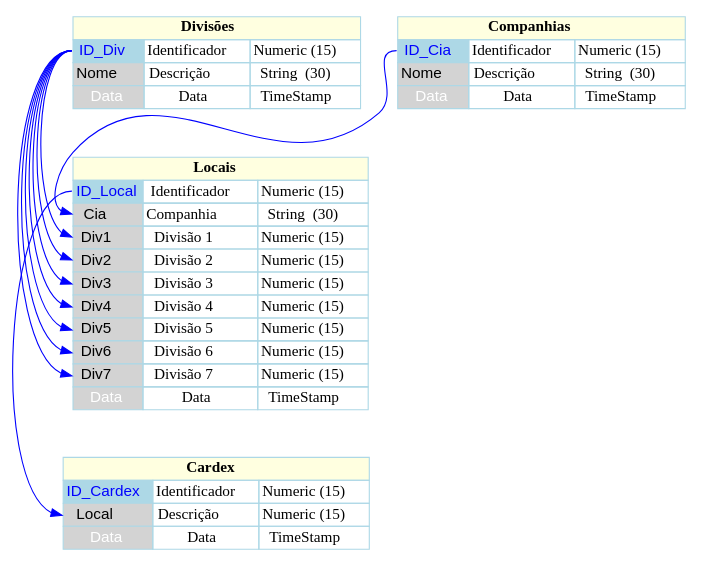
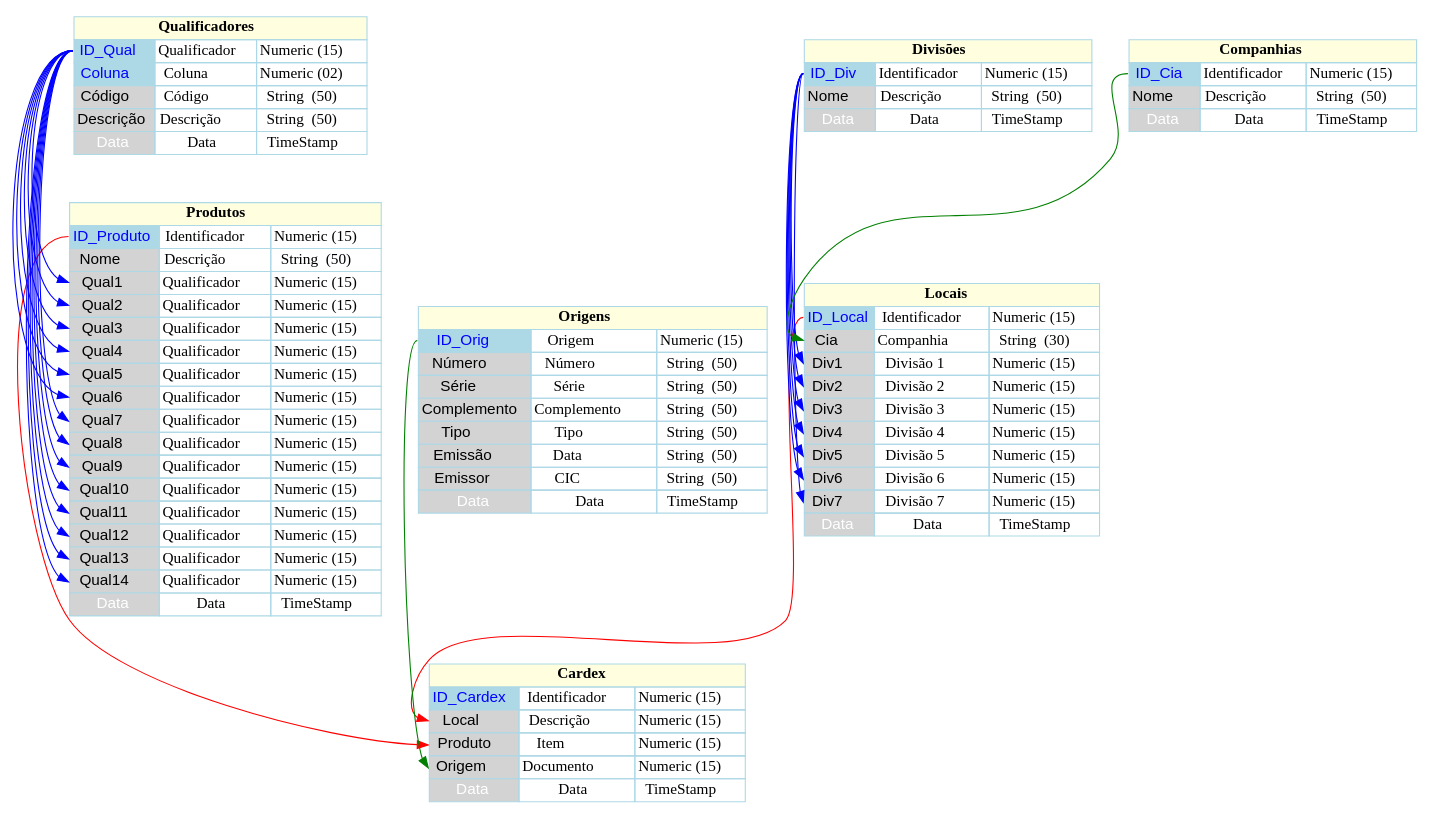
One commit to GiovaniPM/Graphs changed the diagram in ER Stock Intelligence.gv. Above: the diagram before and after it, drawn with Graphviz.

Commit message:
giova(DESKTOP-PG18CKU) 200914160824

```diff
--- a/ER Stock Intelligence.gv
+++ b/ER Stock Intelligence.gv
@@ -1,64 +1,136 @@
 digraph H {
 
   tabela01 [
    shape=none
    label=<
      <table border='0' cellborder='1' color='lightblue' cellspacing='0'>
        <tr><td colspan="3" bgcolor="lightyellow"><b>Locais</b></td></tr>
        <tr><td port='col01' bgcolor="lightblue"><font face="helvetica" color="blue" >ID_Local</font></td><td>Identificador</td><td>Numeric (15)</td></tr>
        <tr><td port='col02' bgcolor="lightgray"><font face="helvetica" color="black">Cia     </font></td><td>Companhia    </td><td>String  (30)</td></tr>
        <tr><td port='col03' bgcolor="lightgray"><font face="helvetica" color="black">Div1    </font></td><td>Divisão 1    </td><td>Numeric (15)</td></tr>
        <tr><td port='col04' bgcolor="lightgray"><font face="helvetica" color="black">Div2    </font></td><td>Divisão 2    </td><td>Numeric (15)</td></tr>
        <tr><td port='col05' bgcolor="lightgray"><font face="helvetica" color="black">Div3    </font></td><td>Divisão 3    </td><td>Numeric (15)</td></tr>
        <tr><td port='col06' bgcolor="lightgray"><font face="helvetica" color="black">Div4    </font></td><td>Divisão 4    </td><td>Numeric (15)</td></tr>
        <tr><td port='col07' bgcolor="lightgray"><font face="helvetica" color="black">Div5    </font></td><td>Divisão 5    </td><td>Numeric (15)</td></tr>
        <tr><td port='col08' bgcolor="lightgray"><font face="helvetica" color="black">Div6    </font></td><td>Divisão 6    </td><td>Numeric (15)</td></tr>
        <tr><td port='col09' bgcolor="lightgray"><font face="helvetica" color="black">Div7    </font></td><td>Divisão 7    </td><td>Numeric (15)</td></tr>
        <tr><td bgcolor="lightgray"><font face="helvetica" color="white">Data</font></td><td>Data</td><td>TimeStamp</td></tr>
      </table>
   >];
 
   tabela02 [
    shape=none
    label=<
      <table border='0' cellborder='1' color='lightblue' cellspacing='0'>
        <tr><td colspan="3" bgcolor="lightyellow"><b>Divisões</b></td></tr>
        <tr><td port='col01' bgcolor="lightblue"><font face="helvetica" color="blue" >ID_Div  </font></td><td>Identificador</td><td>Numeric (15)</td></tr>
-       <tr><td port='col02' bgcolor="lightgray"><font face="helvetica" color="black">Nome    </font></td><td>Descrição    </td><td>String  (30)</td></tr>
+       <tr><td port='col02' bgcolor="lightgray"><font face="helvetica" color="black">Nome    </font></td><td>Descrição    </td><td>String  (50)</td></tr>
        <tr><td bgcolor="lightgray"><font face="helvetica" color="white">Data</font></td><td>Data</td><td>TimeStamp</td></tr>
      </table>
   >];
 
   tabela03 [
    shape=none
    label=<
      <table border='0' cellborder='1' color='lightblue' cellspacing='0'>
        <tr><td colspan="3" bgcolor="lightyellow"><b>Companhias</b></td></tr>
        <tr><td port='col01' bgcolor="lightblue"><font face="helvetica" color="blue" >ID_Cia  </font></td><td>Identificador</td><td>Numeric (15)</td></tr>
-       <tr><td port='col02' bgcolor="lightgray"><font face="helvetica" color="black">Nome    </font></td><td>Descrição    </td><td>String  (30)</td></tr>
+       <tr><td port='col02' bgcolor="lightgray"><font face="helvetica" color="black">Nome    </font></td><td>Descrição    </td><td>String  (50)</td></tr>
        <tr><td bgcolor="lightgray"><font face="helvetica" color="white">Data</font></td><td>Data</td><td>TimeStamp</td></tr>
      </table>
   >];
 
   tabela04 [
    shape=none
    label=<
      <table border='0' cellborder='1' color='lightblue' cellspacing='0'>
-       <tr><td colspan="3" bgcolor="lightyellow"><b>Cardex</b></td></tr>
-       <tr><td port='col01' bgcolor="lightblue"><font face="helvetica" color="blue" >ID_Cardex </font></td><td>Identificador</td><td>Numeric (15)</td></tr>
-       <tr><td port='col02' bgcolor="lightgray"><font face="helvetica" color="black">Local     </font></td><td>Descrição    </td><td>Numeric (15)</td></tr>
+       <tr><td colspan="3" bgcolor="lightyellow"><b>Produtos</b></td></tr>
+       <tr><td port='col01' bgcolor="lightblue"><font face="helvetica" color="blue" >ID_Produto</font></td><td>Identificador</td><td>Numeric (15)</td></tr>
+       <tr><td port='col02' bgcolor="lightgray"><font face="helvetica" color="black">Nome     </font></td><td>Descrição     </td><td>String  (50)</td></tr>
+       <tr><td port='col03' bgcolor="lightgray"><font face="helvetica" color="black">Qual1    </font></td><td>Qualificador  </td><td>Numeric (15)</td></tr>
+       <tr><td port='col04' bgcolor="lightgray"><font face="helvetica" color="black">Qual2    </font></td><td>Qualificador  </td><td>Numeric (15)</td></tr>
+       <tr><td port='col05' bgcolor="lightgray"><font face="helvetica" color="black">Qual3    </font></td><td>Qualificador  </td><td>Numeric (15)</td></tr>
+       <tr><td port='col06' bgcolor="lightgray"><font face="helvetica" color="black">Qual4    </font></td><td>Qualificador  </td><td>Numeric (15)</td></tr>
+       <tr><td port='col07' bgcolor="lightgray"><font face="helvetica" color="black">Qual5    </font></td><td>Qualificador  </td><td>Numeric (15)</td></tr>
+       <tr><td port='col08' bgcolor="lightgray"><font face="helvetica" color="black">Qual6    </font></td><td>Qualificador  </td><td>Numeric (15)</td></tr>
+       <tr><td port='col09' bgcolor="lightgray"><font face="helvetica" color="black">Qual7    </font></td><td>Qualificador  </td><td>Numeric (15)</td></tr>
+       <tr><td port='col10' bgcolor="lightgray"><font face="helvetica" color="black">Qual8    </font></td><td>Qualificador  </td><td>Numeric (15)</td></tr>
+       <tr><td port='col11' bgcolor="lightgray"><font face="helvetica" color="black">Qual9    </font></td><td>Qualificador  </td><td>Numeric (15)</td></tr>
+       <tr><td port='col12' bgcolor="lightgray"><font face="helvetica" color="black">Qual10   </font></td><td>Qualificador  </td><td>Numeric (15)</td></tr>
+       <tr><td port='col13' bgcolor="lightgray"><font face="helvetica" color="black">Qual11   </font></td><td>Qualificador  </td><td>Numeric (15)</td></tr>
+       <tr><td port='col14' bgcolor="lightgray"><font face="helvetica" color="black">Qual12   </font></td><td>Qualificador  </td><td>Numeric (15)</td></tr>
+       <tr><td port='col15' bgcolor="lightgray"><font face="helvetica" color="black">Qual13   </font></td><td>Qualificador  </td><td>Numeric (15)</td></tr>
+       <tr><td port='col16' bgcolor="lightgray"><font face="helvetica" color="black">Qual14   </font></td><td>Qualificador  </td><td>Numeric (15)</td></tr>
        <tr><td bgcolor="lightgray"><font face="helvetica" color="white">Data</font></td><td>Data</td><td>TimeStamp</td></tr>
      </table>
   >];
 
-  tabela03:col01 -> tabela01:col02 [color="blue"];
+  tabela05 [
+   shape=none
+   label=<
+     <table border='0' cellborder='1' color='lightblue' cellspacing='0'>
+       <tr><td colspan="3" bgcolor="lightyellow"><b>Cardex</b></td></tr>
+       <tr><td port='col01' bgcolor="lightblue"><font face="helvetica" color="blue" >ID_Cardex </font></td><td>Identificador</td><td>Numeric (15)</td></tr>
+       <tr><td port='col02' bgcolor="lightgray"><font face="helvetica" color="black">Local     </font></td><td>Descrição    </td><td>Numeric (15)</td></tr>
+       <tr><td port='col03' bgcolor="lightgray"><font face="helvetica" color="black">Produto   </font></td><td>Item         </td><td>Numeric (15)</td></tr>
+       <tr><td port='col04' bgcolor="lightgray"><font face="helvetica" color="black">Origem    </font></td><td>Documento    </td><td>Numeric (15)</td></tr>
+       <tr><td bgcolor="lightgray"><font face="helvetica" color="white">Data</font></td><td>Data</td><td>TimeStamp</td></tr>
+     </table>
+  >];
+
+  tabela06 [
+   shape=none
+   label=<
+     <table border='0' cellborder='1' color='lightblue' cellspacing='0'>
+       <tr><td colspan="3" bgcolor="lightyellow"><b>Qualificadores</b></td></tr>
+       <tr><td port='col01' bgcolor="lightblue"><font face="helvetica" color="blue" >ID_Qual  </font></td><td>Qualificador</td><td>Numeric (15)</td></tr>
+       <tr><td port='col02' bgcolor="lightblue"><font face="helvetica" color="blue" >Coluna   </font></td><td>Coluna      </td><td>Numeric (02)</td></tr>
+       <tr><td port='col03' bgcolor="lightgray"><font face="helvetica" color="black">Código   </font></td><td>Código      </td><td>String  (50)</td></tr>
+       <tr><td port='col04' bgcolor="lightgray"><font face="helvetica" color="black">Descrição</font></td><td>Descrição   </td><td>String  (50)</td></tr>
+       <tr><td bgcolor="lightgray"><font face="helvetica" color="white">Data</font></td><td>Data</td><td>TimeStamp</td></tr>
+     </table>
+  >];
+
+  tabela07 [
+   shape=none
+   label=<
+     <table border='0' cellborder='1' color='lightblue' cellspacing='0'>
+       <tr><td colspan="3" bgcolor="lightyellow"><b>Origens</b></td></tr>
+       <tr><td port='col01' bgcolor="lightblue"><font face="helvetica" color="blue" >ID_Orig    </font></td><td>Origem       </td><td>Numeric (15)</td></tr>
+       <tr><td port='col02' bgcolor="lightgray"><font face="helvetica" color="black">Número     </font></td><td>Número       </td><td>String  (50)</td></tr>
+       <tr><td port='col03' bgcolor="lightgray"><font face="helvetica" color="black">Série      </font></td><td>Série        </td><td>String  (50)</td></tr>
+       <tr><td port='col04' bgcolor="lightgray"><font face="helvetica" color="black">Complemento</font></td><td>Complemento  </td><td>String  (50)</td></tr>
+       <tr><td port='col05' bgcolor="lightgray"><font face="helvetica" color="black">Tipo       </font></td><td>Tipo         </td><td>String  (50)</td></tr>
+       <tr><td port='col06' bgcolor="lightgray"><font face="helvetica" color="black">Emissão    </font></td><td>Data         </td><td>String  (50)</td></tr>
+       <tr><td port='col07' bgcolor="lightgray"><font face="helvetica" color="black">Emissor    </font></td><td>CIC          </td><td>String  (50)</td></tr>
+       <tr><td bgcolor="lightgray"><font face="helvetica" color="white">Data</font></td><td>Data</td><td>TimeStamp</td></tr>
+     </table>
+  >];
+
+  tabela01:col01 -> tabela05:col02 [color="red"];
   tabela02:col01 -> tabela01:col03 [color="blue"];
   tabela02:col01 -> tabela01:col04 [color="blue"];
   tabela02:col01 -> tabela01:col05 [color="blue"];
   tabela02:col01 -> tabela01:col06 [color="blue"];
   tabela02:col01 -> tabela01:col07 [color="blue"];
   tabela02:col01 -> tabela01:col08 [color="blue"];
   tabela02:col01 -> tabela01:col09 [color="blue"];
-  tabela01:col01 -> tabela04:col02 [color="blue"];
+  tabela03:col01 -> tabela01:col02 [color="green"];
+  tabela04:col01 -> tabela05:col03 [color="red"];
+  tabela06:col01 -> tabela04:col03 [color="blue"];
+  tabela06:col01 -> tabela04:col04 [color="blue"];
+  tabela06:col01 -> tabela04:col05 [color="blue"];
+  tabela06:col01 -> tabela04:col06 [color="blue"];
+  tabela06:col01 -> tabela04:col07 [color="blue"];
+  tabela06:col01 -> tabela04:col08 [color="blue"];
+  tabela06:col01 -> tabela04:col09 [color="blue"];
+  tabela06:col01 -> tabela04:col10 [color="blue"];
+  tabela06:col01 -> tabela04:col11 [color="blue"];
+  tabela06:col01 -> tabela04:col12 [color="blue"];
+  tabela06:col01 -> tabela04:col13 [color="blue"];
+  tabela06:col01 -> tabela04:col14 [color="blue"];
+  tabela06:col01 -> tabela04:col15 [color="blue"];
+  tabela06:col01 -> tabela04:col16 [color="blue"];
+  tabela07:col01 -> tabela05:col04 [color="green"];
 
 }
```
